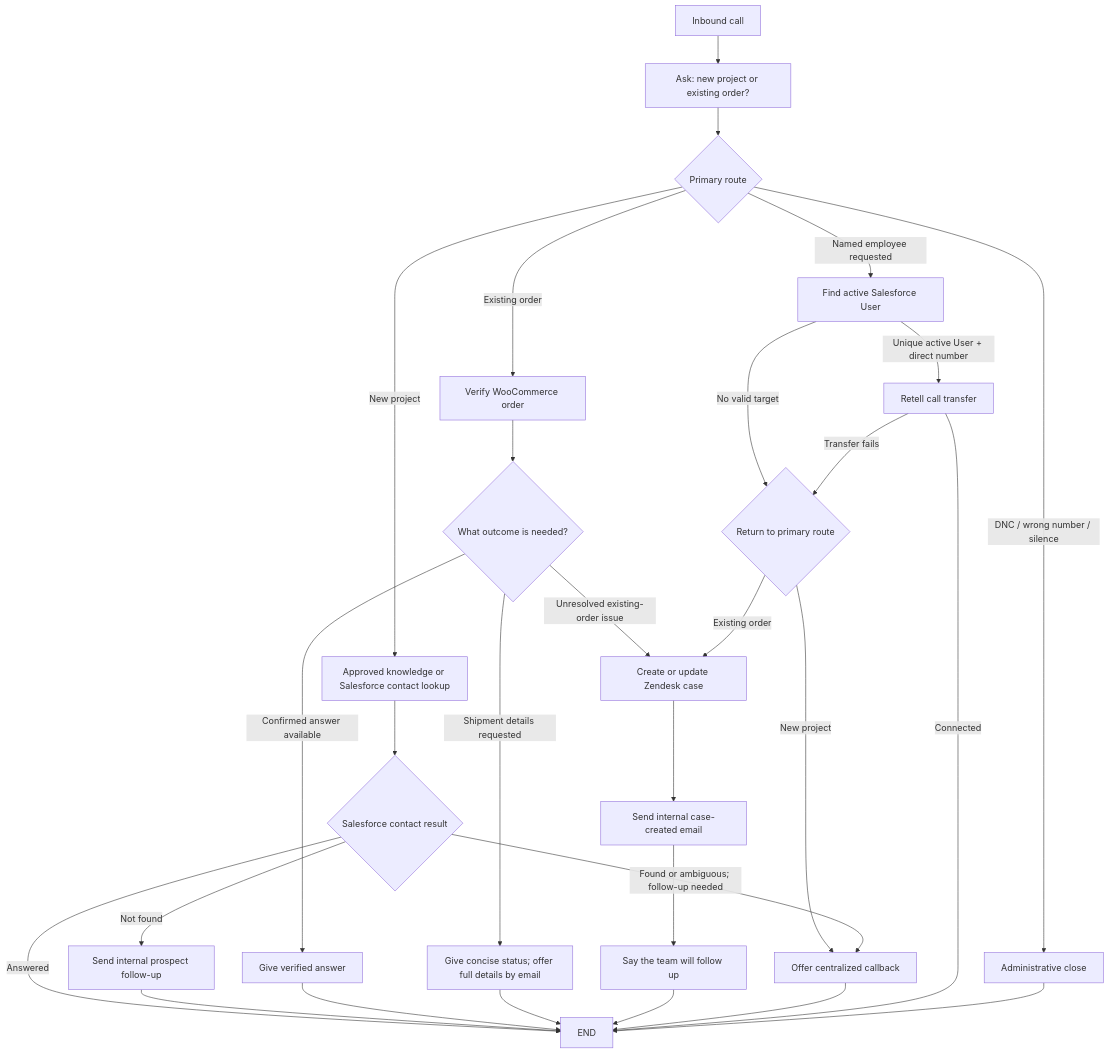
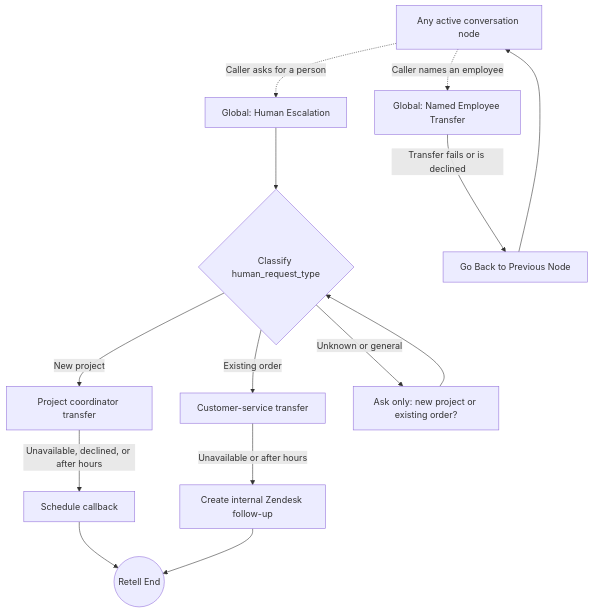
One commit to adeolaemmanuelmorren/genstone-ai-customer-agent changed the third of 3 diagrams in retell-reference-materials/docs/genstone-capability-map.md. Above: the diagram before and after it, drawn with Mermaid. The commit also changed other lines of this file and 50 other files, not shown here.

Commit message:
feat: improve Retell routing and call operations

````diff
--- a/retell-reference-materials/docs/genstone-capability-map.md
+++ b/retell-reference-materials/docs/genstone-capability-map.md
@@ -31,36 +237,17 @@
 ```mermaid
 flowchart TD
-    START["Inbound call"] --> GREET["Ask: new project or existing order?"]
-    GREET --> ROUTE{"Primary route"}
+    ACTIVE["Any active conversation node"] -.->|"Caller asks for a person"| HUMAN["Global: Human Escalation"]
+    HUMAN --> CONTEXT{"Classify human_request_type"}
+    CONTEXT -->|"New project"| PROJECT_TRANSFER["Project coordinator transfer"]
+    PROJECT_TRANSFER -->|"Unavailable, declined, or after hours"| CALLBACK["Schedule callback"]
+    CONTEXT -->|"Existing order"| SERVICE_TRANSFER["Customer-service transfer"]
+    SERVICE_TRANSFER -->|"Unavailable or after hours"| SUPPORT["Create internal Zendesk follow-up"]
+    CONTEXT -->|"Unknown or general"| CLASSIFY["Ask only: new project or existing order?"]
+    CLASSIFY --> CONTEXT
+    CALLBACK --> END(("Retell End"))
+    SUPPORT --> END
 
-    ROUTE -->|"New project"| NEW["Approved knowledge or Salesforce contact lookup"]
-    ROUTE -->|"Existing order"| VERIFY["Verify WooCommerce order"]
-    ROUTE -->|"Named employee requested"| EMPLOYEE["Find active Salesforce User"]
-    ROUTE -->|"DNC / wrong number / silence"| ADMIN["Administrative close"]
-
-    VERIFY --> HELP{"What outcome is needed?"}
-    HELP -->|"Confirmed answer available"| ANSWER["Give verified answer"]
-    HELP -->|"Shipment details requested"| SHIPMENT["Give concise status; offer full details by email"]
-    HELP -->|"Unresolved existing-order issue"| CASE["Create or update Zendesk case"]
-
-    CASE --> CASE_EMAIL["Send internal case-created email"]
-    CASE_EMAIL --> FOLLOWUP["Say the team will follow up"]
-
-    EMPLOYEE -->|"Unique active User + direct number"| TRANSFER["Retell call transfer"]
-    EMPLOYEE -->|"No valid target"| FALLBACK{"Return to primary route"}
-    TRANSFER -->|"Transfer fails"| FALLBACK
-    FALLBACK -->|"New project"| CALLBACK["Offer centralized callback"]
-    FALLBACK -->|"Existing order"| CASE
-
-    NEW --> NEWCONTACT{"Salesforce contact result"}
-    NEWCONTACT -->|"Not found"| PROSPECT["Send internal prospect follow-up"]
-    NEWCONTACT -->|"Found or ambiguous; follow-up needed"| CALLBACK
-    NEWCONTACT -->|"Answered"| END
-    PROSPECT --> END
-    ANSWER --> END
-    SHIPMENT --> END
-    FOLLOWUP --> END
-    CALLBACK --> END
-    TRANSFER -->|"Connected"| END
-    ADMIN --> END
+    ACTIVE -.->|"Caller names an employee"| NAMED["Global: Named Employee Transfer"]
+    NAMED -->|"Transfer fails or is declined"| BACK["Go Back to Previous Node"]
+    BACK --> ACTIVE
 ```
````
